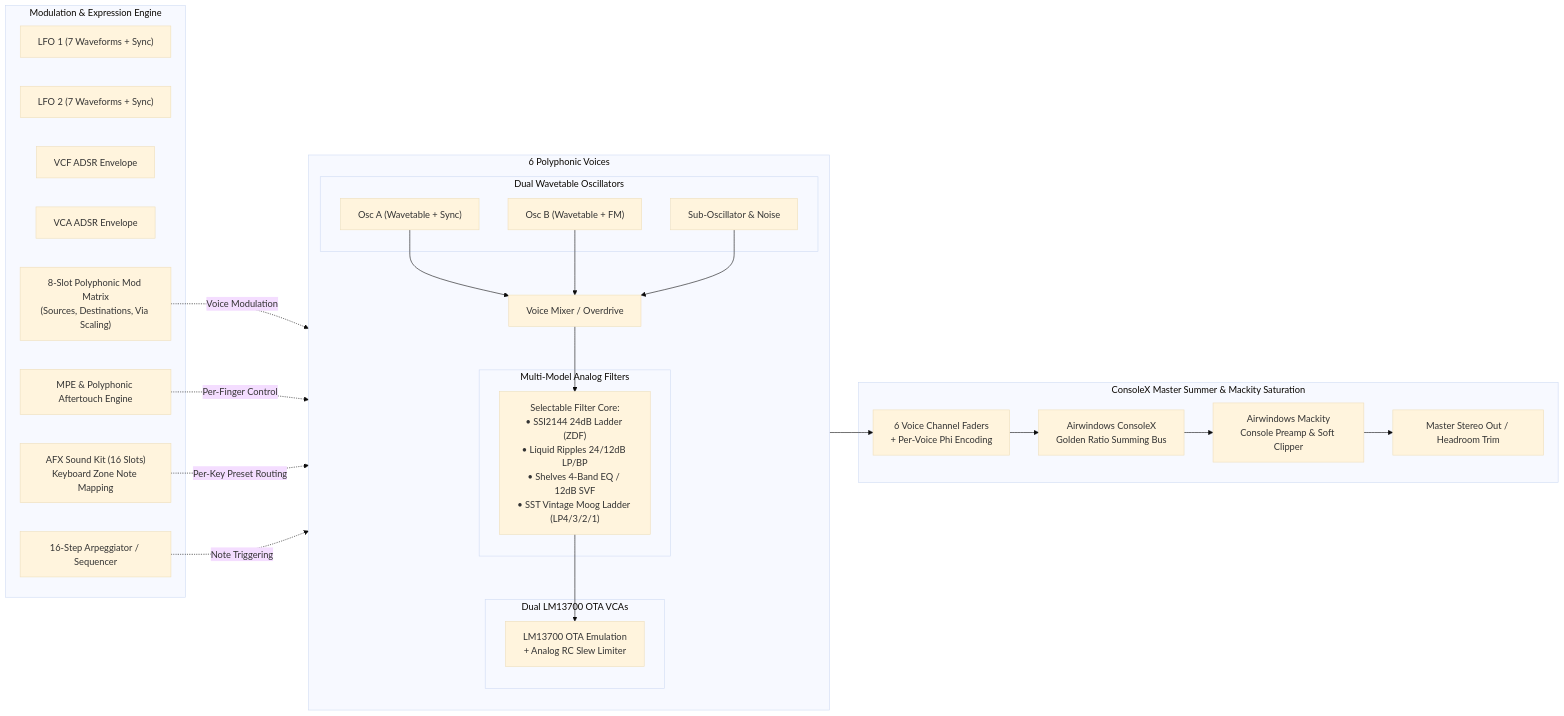
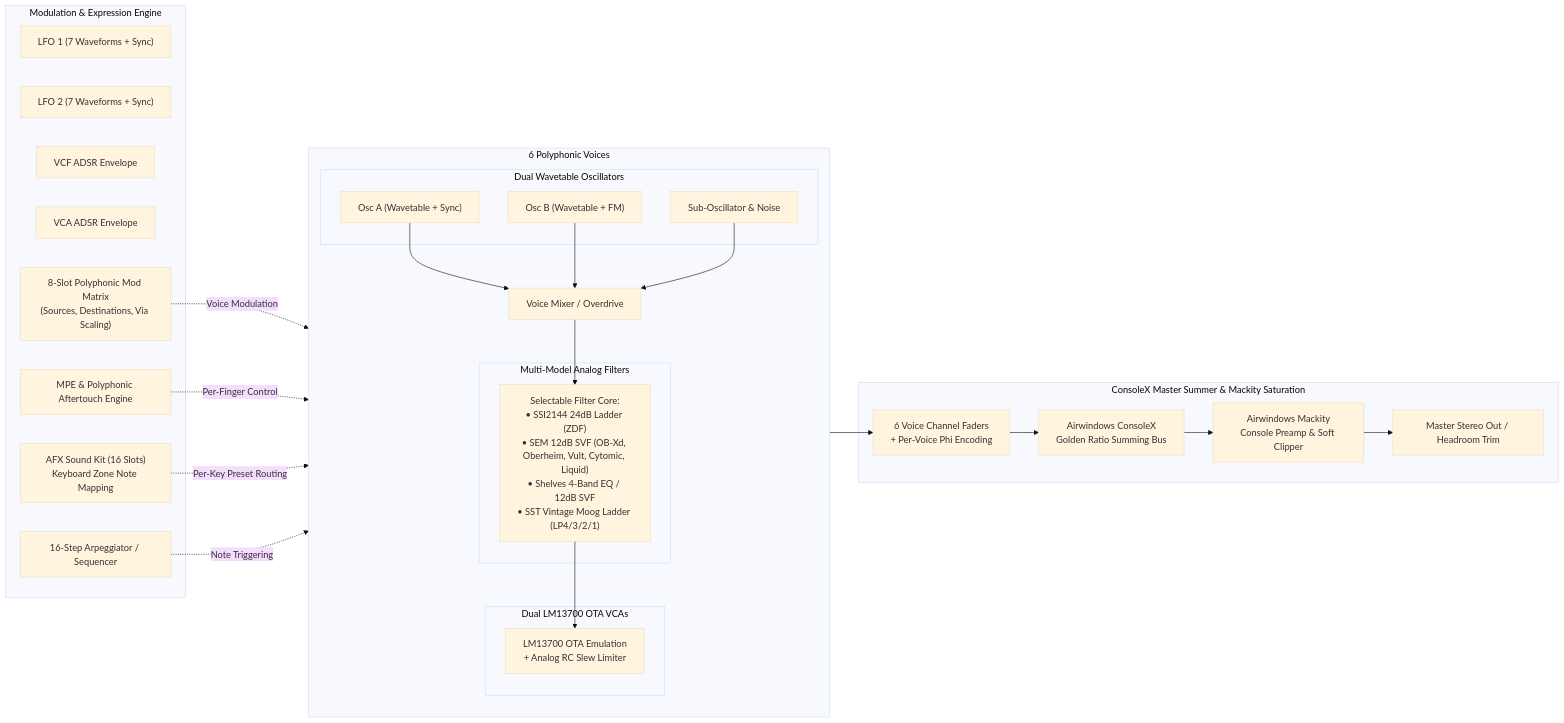
One commit to mahik303-tech/Overviber changed the diagram in README.md. Above: the diagram before and after it, drawn with Mermaid (base theme). The commit also changed other lines of this file and 22 other files, not shown here.

First line of the commit message:
audio: SEM filter replaces Liquid as filter model 1

````diff
--- a/README.md
+++ b/README.md
@@ -16,54 +16,54 @@
 ```mermaid
 flowchart LR
     subgraph Voice_Generation["6 Polyphonic Voices"]
         direction TB
         subgraph Oscillators["Dual Wavetable Oscillators"]
             OSCA["Osc A (Wavetable + Sync)"]
             OSCB["Osc B (Wavetable + FM)"]
             SUB["Sub-Oscillator & Noise"]
         end
 
         MIX["Voice Mixer / Overdrive"]
         OSCA --> MIX
         OSCB --> MIX
         SUB --> MIX
 
         subgraph Filtering["Multi-Model Analog Filters"]
-            FLT["Selectable Filter Core:<br/>• SSI2144 24dB Ladder (ZDF)<br/>• Liquid Ripples 24/12dB LP/BP<br/>• Shelves 4-Band EQ / 12dB SVF<br/>• SST Vintage Moog Ladder (LP4/3/2/1)"]
+            FLT["Selectable Filter Core:<br/>• SSI2144 24dB Ladder (ZDF)<br/>• SEM 12dB SVF (OB-Xd, Oberheim, Vult, Cytomic, Liquid)<br/>• Shelves 4-Band EQ / 12dB SVF<br/>• SST Vintage Moog Ladder (LP4/3/2/1)"]
         end
         MIX --> FLT
 
         subgraph VCA_Stage["Dual LM13700 OTA VCAs"]
             VCA["LM13700 OTA Emulation<br/>+ Analog RC Slew Limiter"]
         end
         FLT --> VCA
     end
 
     subgraph Master_Processing["ConsoleX Master Summer & Mackity Saturation"]
         FADERS["6 Voice Channel Faders<br/>+ Per-Voice Phi Encoding"]
         CX["Airwindows ConsoleX<br/>Golden Ratio Summing Bus"]
         SAT["Airwindows Mackity<br/>Console Preamp & Soft Clipper"]
         OUT["Master Stereo Out / Headroom Trim"]
     end
 
     VCA --> FADERS
     FADERS --> CX
     CX --> SAT
     SAT --> OUT
 
     subgraph Modulation["Modulation & Expression Engine"]
         LFO1["LFO 1 (7 Waveforms + Sync)"]
         LFO2["LFO 2 (7 Waveforms + Sync)"]
         ENV1["VCF ADSR Envelope"]
         ENV2["VCA ADSR Envelope"]
         ARP["16-Step Arpeggiator / Sequencer"]
         AFX["AFX Sound Kit (16 Slots)<br/>Keyboard Zone Note Mapping"]
         MODMAT["8-Slot Polyphonic Mod Matrix<br/>(Sources, Destinations, Via Scaling)"]
         MPE_ENG["MPE & Polyphonic Aftertouch Engine"]
     end
 
     MODMAT -.->|"Voice Modulation"| Voice_Generation
     MPE_ENG -.->|"Per-Finger Control"| Voice_Generation
     AFX -.->|"Per-Key Preset Routing"| Voice_Generation
     ARP -.->|"Note Triggering"| Oscillators
 ```
````
